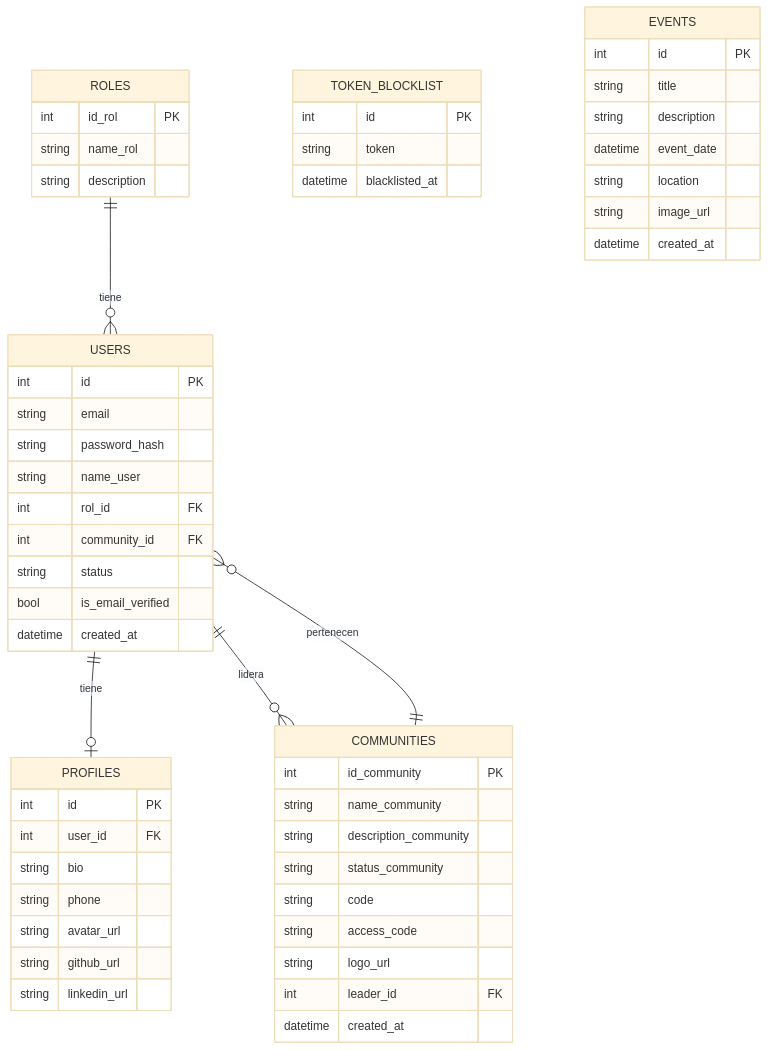
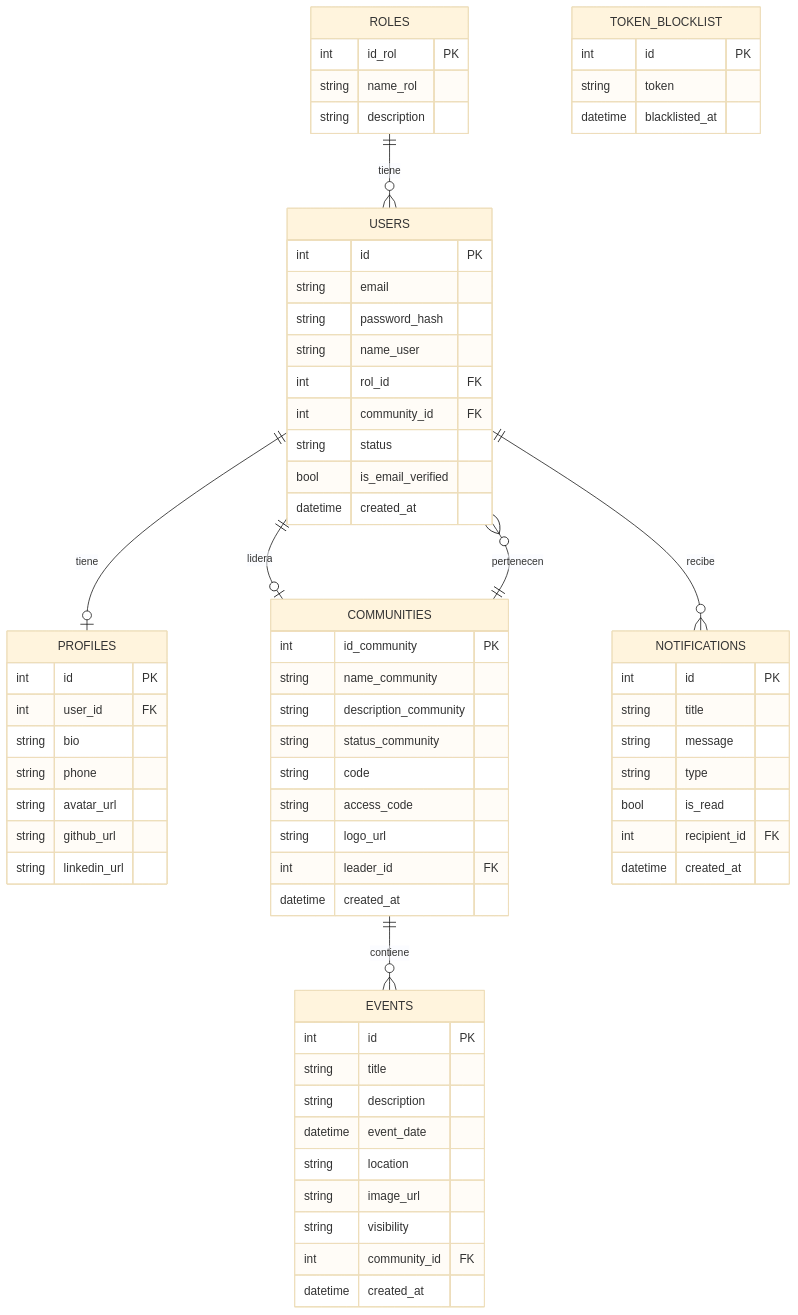
The diagram in backend/app/docs/diagrama_mer.md (CTechuni/ctech_web), drawn with Mermaid (base theme) before and after one commit. The commit also changed other lines of this file and 9 other files, not shown here.

````diff
--- a/backend/app/docs/diagrama_mer.md
+++ b/backend/app/docs/diagrama_mer.md
@@ -9,63 +9,77 @@
 ```mermaid
 erDiagram
     ROLES {
         int id_rol PK
         string name_rol
         string description
     }
 
     USERS {
         int id PK
         string email
         string password_hash
         string name_user
         int rol_id FK
         int community_id FK
         string status
         bool is_email_verified
         datetime created_at
     }
 
     PROFILES {
         int id PK
         int user_id FK
         string bio
         string phone
         string avatar_url
         string github_url
         string linkedin_url
     }
 
     TOKEN_BLOCKLIST {
         int id PK
         string token
         datetime blacklisted_at
     }
 
     COMMUNITIES {
         int id_community PK
         string name_community
         string description_community
         string status_community
         string code
         string access_code
         string logo_url
         int leader_id FK
         datetime created_at
     }
 
     EVENTS {
         int id PK
         string title
         string description
         datetime event_date
         string location
         string image_url
+        string visibility
+        int community_id FK
+        datetime created_at
+    }
+
+    NOTIFICATIONS {
+        int id PK
+        string title
+        string message
+        string type
+        bool is_read
+        int recipient_id FK
         datetime created_at
     }
 
     ROLES ||--o{ USERS : "tiene"
     USERS ||--o| PROFILES : "tiene"
     COMMUNITIES ||--o{ USERS : "pertenecen"
-    USERS ||--o{ COMMUNITIES : "lidera"
+    COMMUNITIES ||--o{ EVENTS : "contiene"
+    USERS ||--o{ NOTIFICATIONS : "recibe"
+    USERS ||--o| COMMUNITIES : "lidera"
 ```
````
